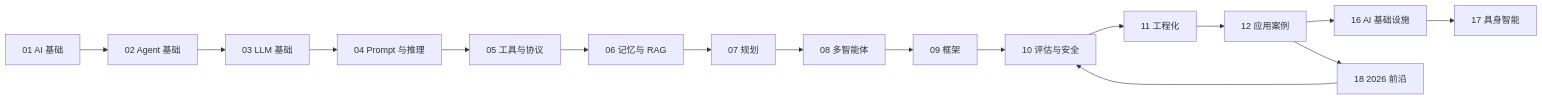
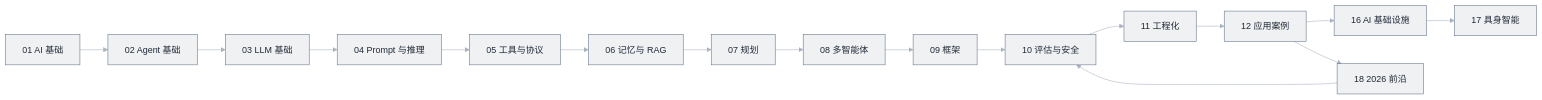
Before and after one commit to funny8kids/ai-agent-handbook: the diagram in docs/00-index/learning-path.md, drawn with Mermaid. The commit also changed 144 other files, not shown here.

First line of the commit message:
Theme all 154 Mermaid diagrams with per-chapter colors via %%{init}%% directives

````diff
--- a/docs/00-index/learning-path.md
+++ b/docs/00-index/learning-path.md
@@ -27,18 +27,19 @@
 ```mermaid
+%%{init: {"theme":"base","themeVariables":{"primaryColor":"#F0F1F3","primaryBorderColor":"#64748B","primaryTextColor":"#1F2937","secondaryColor":"#DDE0E5","tertiaryColor":"#F9F9FA","lineColor":"#AAB3BF","actorBkg":"#F3F4F6","actorBorder":"#64748B","actorTextColor":"#1F2937","signalColor":"#939EAE","noteBkgColor":"#E3E6EA","noteBorderColor":"#64748B","noteTextColor":"#1F2937","labelBoxBkgColor":"#F0F1F3","labelBoxBorderColor":"#64748B"}}}%%
 flowchart LR
   A[01 AI 基础] --> B[02 Agent 基础]
   B --> C[03 LLM 基础]
   C --> D[04 Prompt 与推理]
   D --> E[05 工具与协议]
   E --> F[06 记忆与 RAG]
   F --> G[07 规划]
   G --> H[08 多智能体]
   H --> I[09 框架]
   I --> J[10 评估与安全]
   J --> K[11 工程化]
   K --> L[12 应用案例]
   L --> M[16 AI 基础设施]
   M --> N[17 具身智能]
   L --> O[18 2026 前沿]
   O --> J
 ```
````
